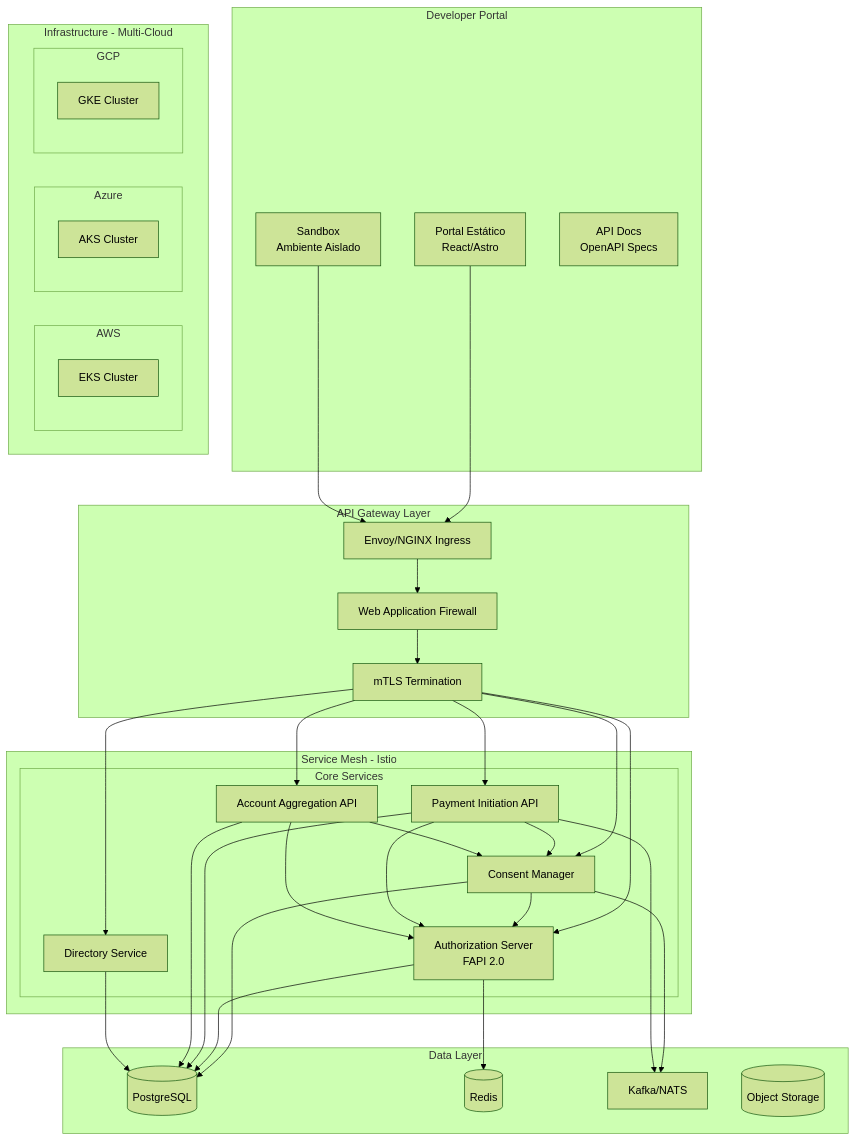
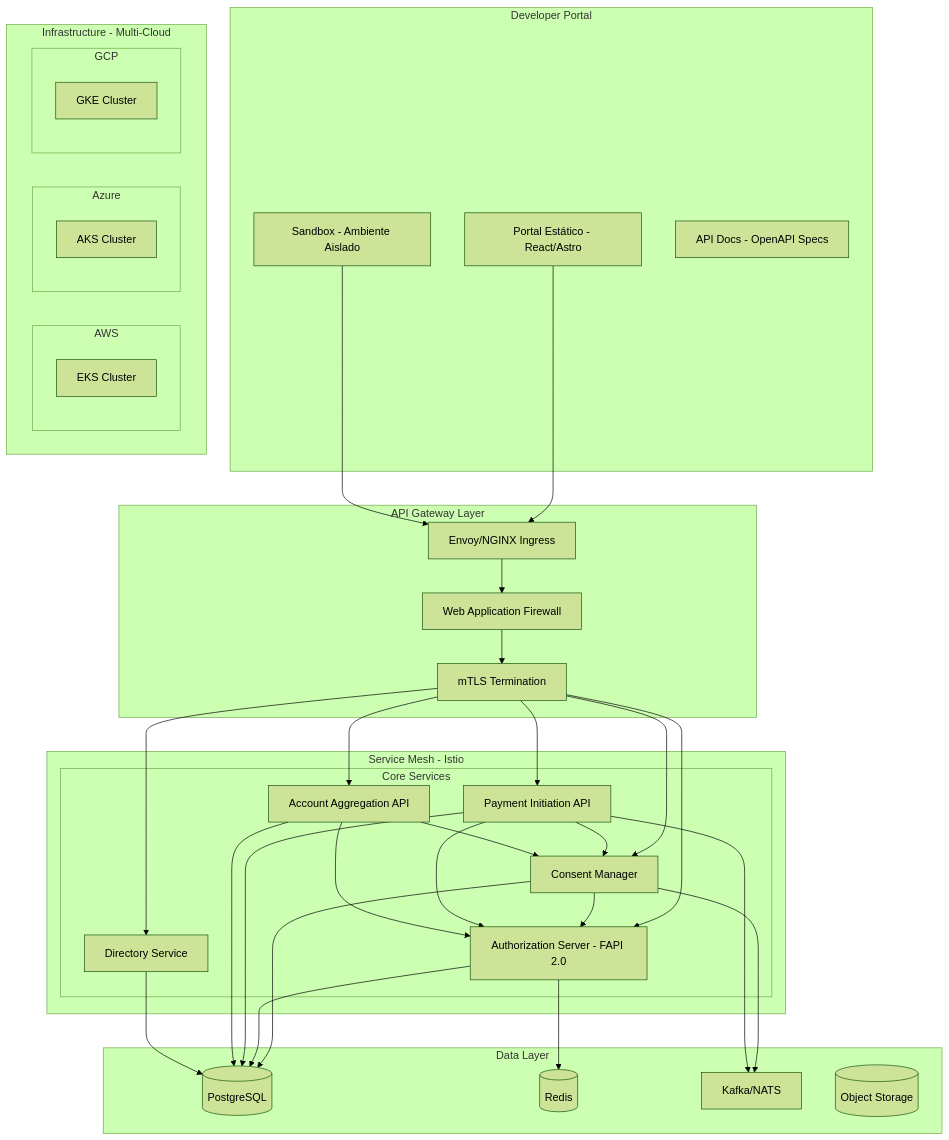
One commit to somospragma/integration-consent-manager changed the first of 2 diagrams in docs/architecture/architecture-overview.md. Above: the diagram before and after it, drawn with Mermaid (forest theme). The commit also changed 9 other files, not shown here.

Commit message:
fix: corregir diagramas Mermaid - quitar paréntesis y \n incompatibles con GitHub

````diff
--- a/docs/architecture/architecture-overview.md
+++ b/docs/architecture/architecture-overview.md
@@ -77,68 +77,68 @@
 ```mermaid
 graph TB
     subgraph "Developer Portal"
-        DP[Portal Estático\nReact/Astro]
-        SB[Sandbox\nAmbiente Aislado]
-        DOCS[API Docs\nOpenAPI Specs]
+        DP[Portal Estático - React/Astro]
+        SB[Sandbox - Ambiente Aislado]
+        DOCS[API Docs - OpenAPI Specs]
     end
 
     subgraph "API Gateway Layer"
         GW[Envoy/NGINX Ingress]
         WAF[Web Application Firewall]
         MTLS[mTLS Termination]
     end
 
     subgraph "Service Mesh - Istio"
         subgraph "Core Services"
             CM[Consent Manager]
-            AS[Authorization Server\nFAPI 2.0]
+            AS[Authorization Server - FAPI 2.0]
             PI[Payment Initiation API]
             AA[Account Aggregation API]
             DS[Directory Service]
         end
     end
 
     subgraph "Data Layer"
         PG[(PostgreSQL)]
         RD[(Redis)]
         KF[Kafka/NATS]
         OBJ[(Object Storage)]
     end
 
     subgraph "Infrastructure - Multi-Cloud"
         subgraph "AWS"
             EKS[EKS Cluster]
         end
         subgraph "Azure"
             AKS[AKS Cluster]
         end
         subgraph "GCP"
             GKE[GKE Cluster]
         end
     end
 
     DP --> GW
     SB --> GW
     GW --> WAF
     WAF --> MTLS
     MTLS --> CM
     MTLS --> AS
     MTLS --> PI
     MTLS --> AA
     MTLS --> DS
 
     CM --> PG
     CM --> KF
     AS --> RD
     AS --> PG
     PI --> KF
     PI --> PG
     AA --> PG
     DS --> PG
 
     CM --> AS
     PI --> CM
     PI --> AS
     AA --> CM
     AA --> AS
 ```
````
